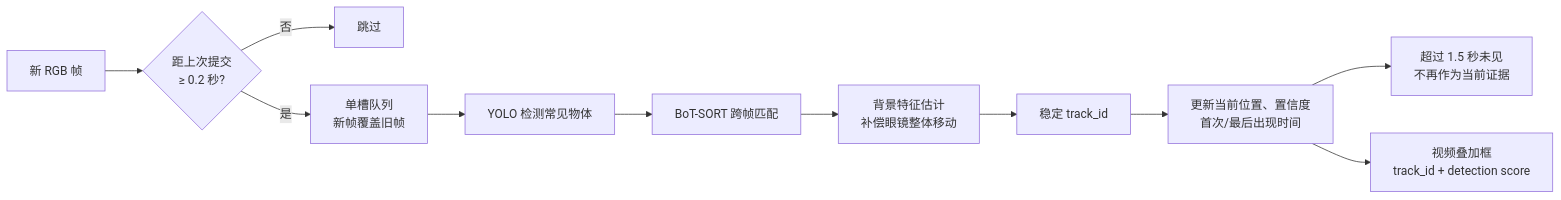
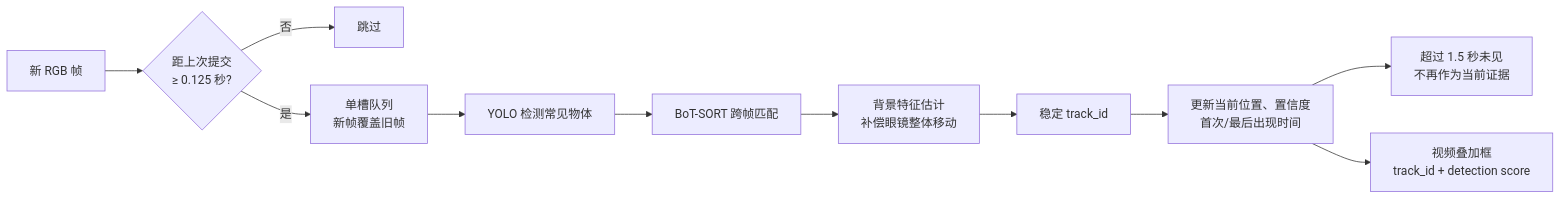
The second of 3 diagrams in when/ARCHITECTURE.md (yuzhench/smart_ai_glasses), drawn with Mermaid before and after one commit. The commit also changed other lines of this file and 6 other files, not shown here.

````diff
--- a/when/ARCHITECTURE.md
+++ b/when/ARCHITECTURE.md
@@ -58,13 +58,13 @@
 ```mermaid
 flowchart LR
-    FRAME[新 RGB 帧] --> LIMIT{距上次提交<br/>≥ 0.2 秒?}
+    FRAME[新 RGB 帧] --> LIMIT{距上次提交<br/>≥ 0.125 秒?}
     LIMIT -->|否| SKIP[跳过]
     LIMIT -->|是| SLOT[单槽队列<br/>新帧覆盖旧帧]
     SLOT --> DETECT[YOLO 检测常见物体]
     DETECT --> MATCH[BoT-SORT 跨帧匹配]
     MATCH --> GMC[背景特征估计<br/>补偿眼镜整体移动]
     GMC --> TRACK[稳定 track_id]
     TRACK --> STATE[更新当前位置、置信度<br/>首次/最后出现时间]
     STATE --> EXPIRE[超过 1.5 秒未见<br/>不再作为当前证据]
     STATE --> OVERLAY[视频叠加框<br/>track_id + detection score]
 ```
````
